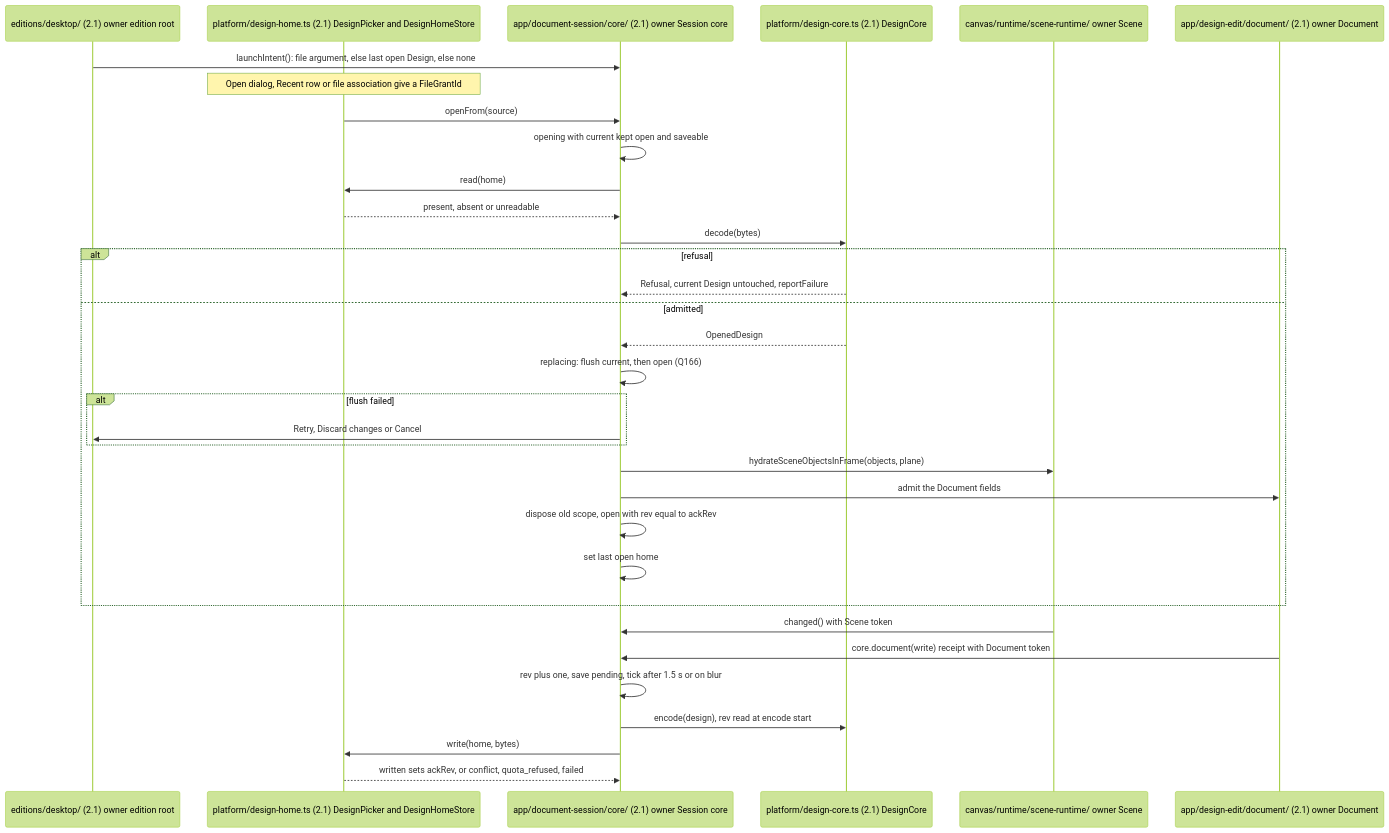
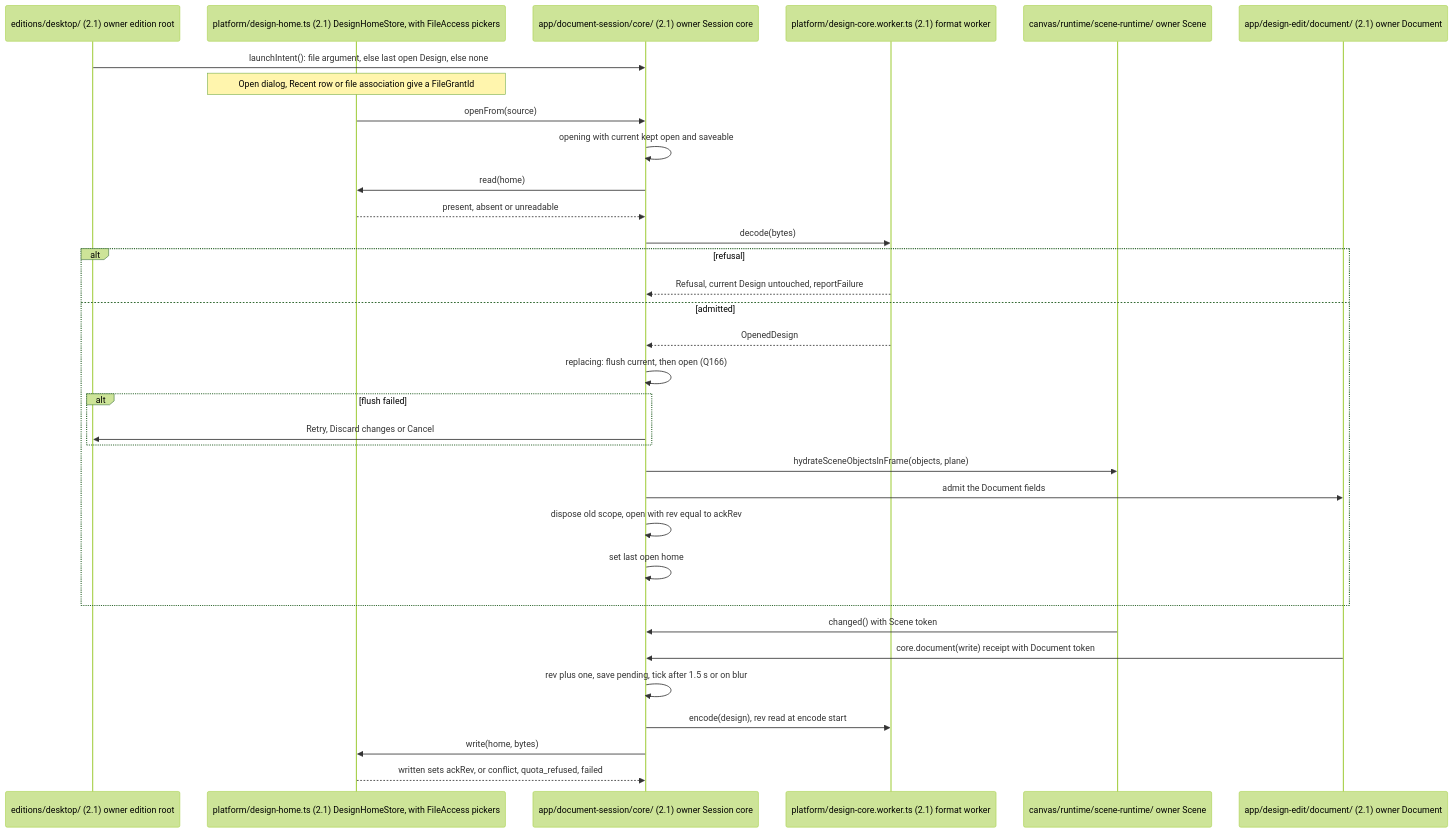
The first of 6 diagrams in docs/architecture/flows-document.md (opencanopi/canopi), drawn with Mermaid (forest theme) before and after one commit. The commit also changed other lines of this file and 27 other files, not shown here.

Commit message:
docs: state the prototype outcomes in the architecture model and link it from AGENTS.md

````diff
--- a/docs/architecture/flows-document.md
+++ b/docs/architecture/flows-document.md
@@ -10,35 +10,35 @@
 ```mermaid
 sequenceDiagram
   participant Root as editions/desktop/ (2.1) owner edition root
-  participant Home as platform/design-home.ts (2.1) DesignPicker and DesignHomeStore
+  participant Home as platform/design-home.ts (2.1) DesignHomeStore, with FileAccess pickers
   participant Core as app/document-session/core/ (2.1) owner Session core
-  participant Fmt as platform/design-core.ts (2.1) DesignCore
+  participant Fmt as platform/design-core.worker.ts (2.1) format worker
   participant Scene as canvas/runtime/scene-runtime/ owner Scene
   participant Doc as app/design-edit/document/ (2.1) owner Document
   Root->>Core: launchIntent(): file argument, else last open Design, else none
   Note over Home: Open dialog, Recent row or file association give a FileGrantId
   Home->>Core: openFrom(source)
   Core->>Core: opening with current kept open and saveable
   Core->>Home: read(home)
   Home-->>Core: present, absent or unreadable
   Core->>Fmt: decode(bytes)
   alt refusal
     Fmt-->>Core: Refusal, current Design untouched, reportFailure
   else admitted
     Fmt-->>Core: OpenedDesign
     Core->>Core: replacing: flush current, then open (Q166)
     alt flush failed
       Core->>Root: Retry, Discard changes or Cancel
     end
     Core->>Scene: hydrateSceneObjectsInFrame(objects, plane)
     Core->>Doc: admit the Document fields
     Core->>Core: dispose old scope, open with rev equal to ackRev
     Core->>Core: set last open home
   end
   Scene->>Core: changed() with Scene token
   Doc->>Core: core.document(write) receipt with Document token
   Core->>Core: rev plus one, save pending, tick after 1.5 s or on blur
   Core->>Fmt: encode(design), rev read at encode start
   Core->>Home: write(home, bytes)
   Home-->>Core: written sets ackRev, or conflict, quota_refused, failed
 ```
````
